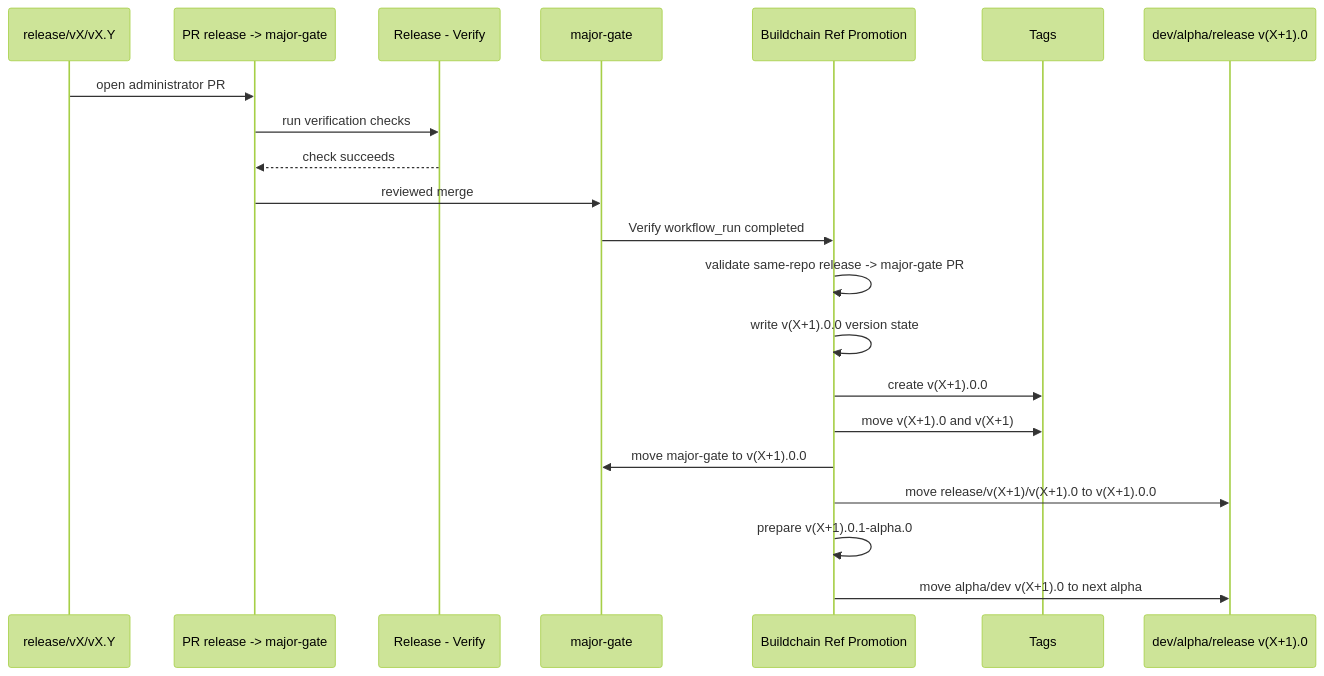
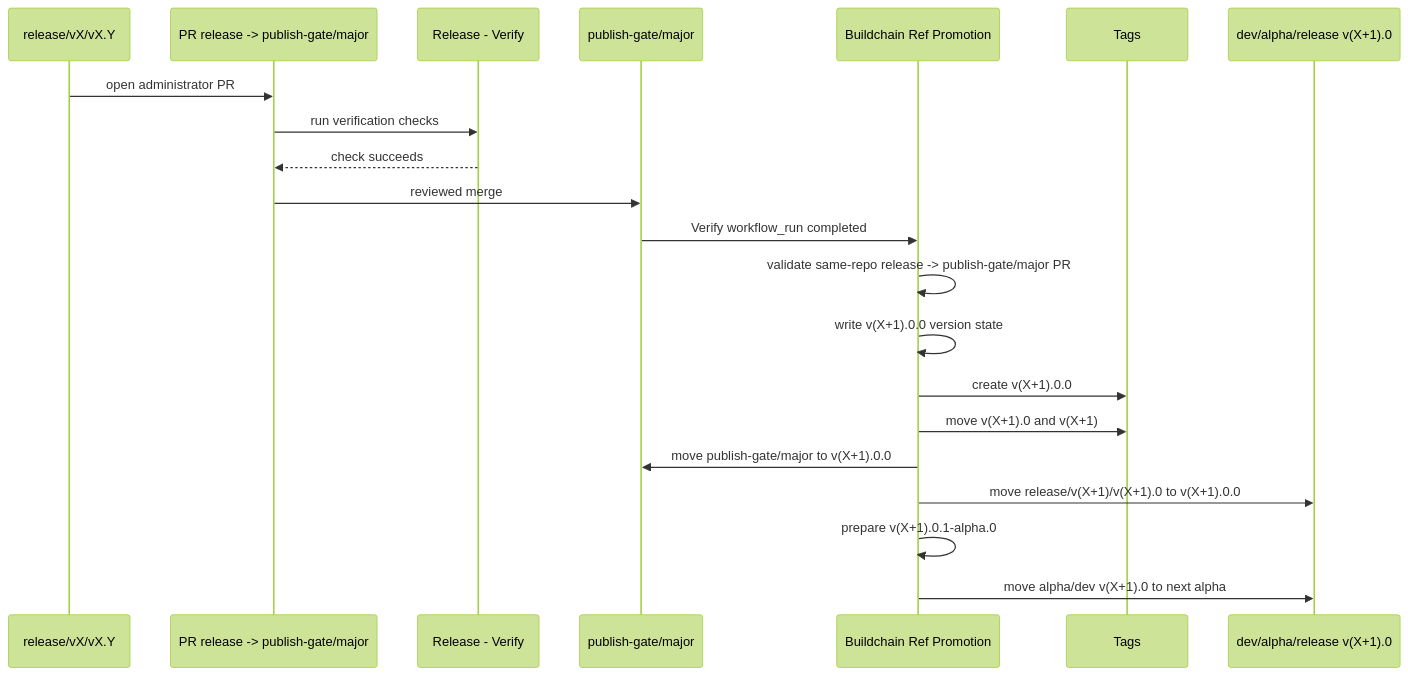
Before and after one commit to kungfu-systems/buildchain: the fifth of 5 diagrams in docs/release-flow.md, drawn with Mermaid (forest theme). The commit also changed other lines of this file and 16 other files, not shown here.

Commit message:
feat: make publish-gate major canonical

````diff
--- a/docs/release-flow.md
+++ b/docs/release-flow.md
@@ -181,24 +181,24 @@
 ```mermaid
 sequenceDiagram
   participant Release as release/vX/vX.Y
-  participant PR as PR release -> major-gate
+  participant PR as PR release -> publish-gate/major
   participant Verify as Release - Verify
-  participant Gate as major-gate
+  participant Gate as publish-gate/major
   participant Promote as Buildchain Ref Promotion
   participant Tags as Tags
   participant Next as dev/alpha/release v(X+1).0
 
   Release->>PR: open administrator PR
   PR->>Verify: run verification checks
   Verify-->>PR: check succeeds
   PR->>Gate: reviewed merge
   Gate->>Promote: Verify workflow_run completed
-  Promote->>Promote: validate same-repo release -> major-gate PR
+  Promote->>Promote: validate same-repo release -> publish-gate/major PR
   Promote->>Promote: write v(X+1).0.0 version state
   Promote->>Tags: create v(X+1).0.0
   Promote->>Tags: move v(X+1).0 and v(X+1)
-  Promote->>Gate: move major-gate to v(X+1).0.0
+  Promote->>Gate: move publish-gate/major to v(X+1).0.0
   Promote->>Next: move release/v(X+1)/v(X+1).0 to v(X+1).0.0
   Promote->>Promote: prepare v(X+1).0.1-alpha.0
   Promote->>Next: move alpha/dev v(X+1).0 to next alpha
 ```
````
